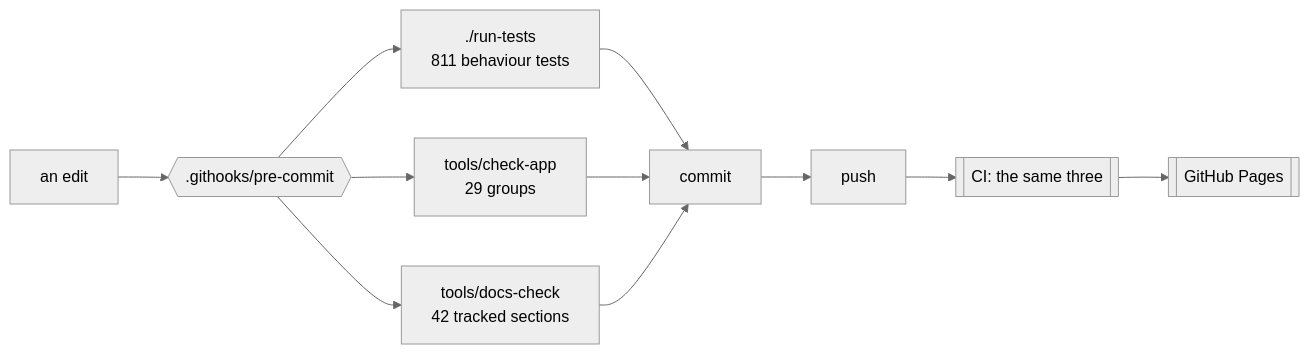
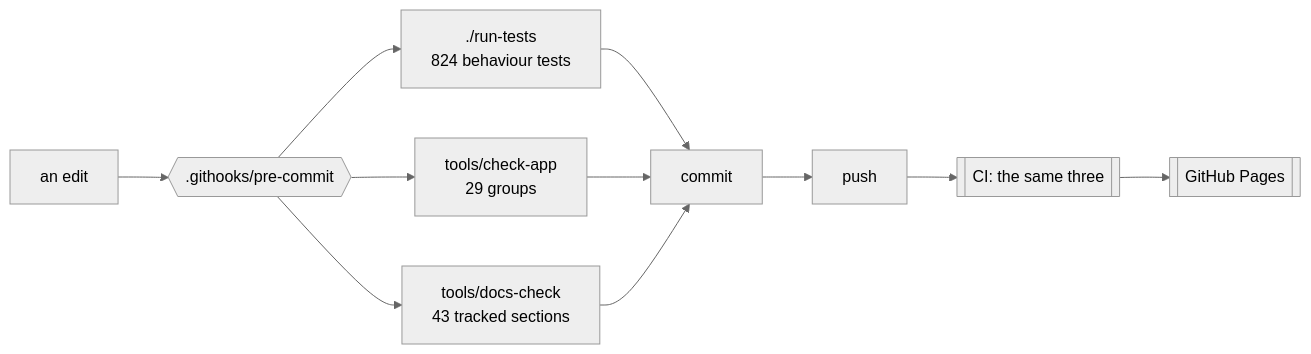
The first of 2 diagrams in docs/DEVELOPING.md (minormending/crystal-pilot-mobile), drawn with Mermaid (neutral theme) before and after one commit. The commit also changed other lines of this file and 2 other files, not shown here.

````diff
--- a/docs/DEVELOPING.md
+++ b/docs/DEVELOPING.md
@@ -15,12 +15,12 @@
 ```mermaid
 flowchart LR
     E[an edit] --> H{{".githooks/pre-commit"}}
-    H --> T["./run-tests<br/>811 behaviour tests"]
+    H --> T["./run-tests<br/>824 behaviour tests"]
     H --> C["tools/check-app<br/>29 groups"]
-    H --> D["tools/docs-check<br/>42 tracked sections"]
+    H --> D["tools/docs-check<br/>43 tracked sections"]
     T --> OK[commit]
     C --> OK
     D --> OK
     OK --> P[push] --> CI[["CI: the same three"]]
     CI --> PG[[GitHub Pages]]
 ```
````
